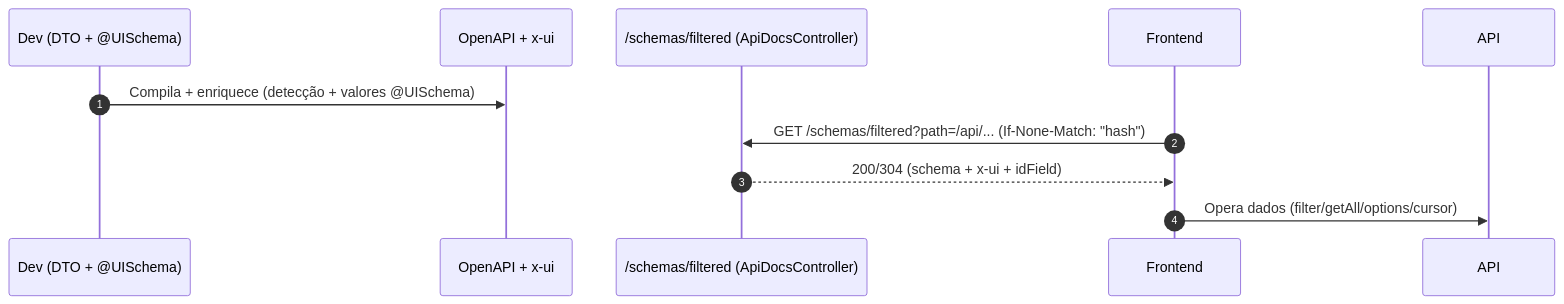
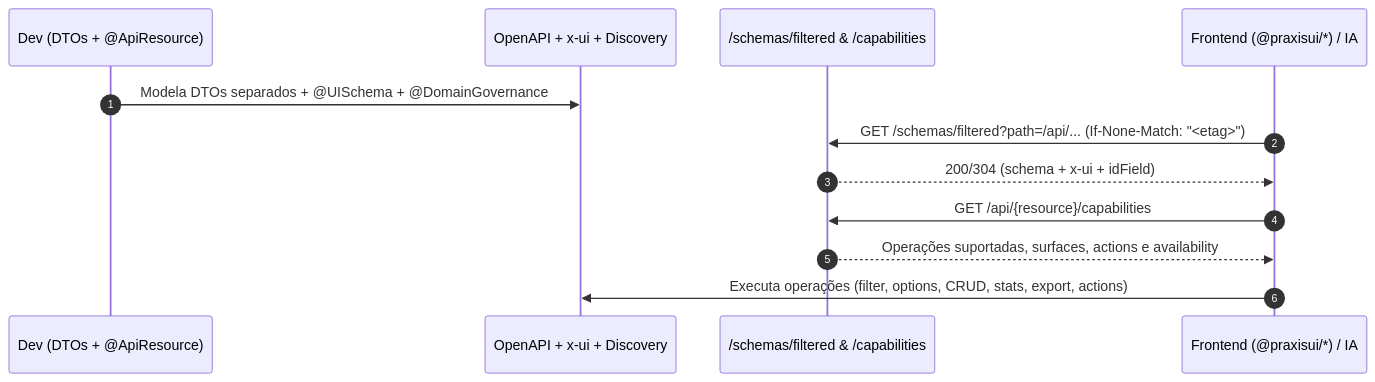
The diagram in APRESENTACAO-BACKEND-METADATA-STARTER.md (codexrodrigues/praxis-metadata-starter), drawn with Mermaid before and after one commit. The commit also changed other lines of this file and 28 other files, not shown here.

````diff
--- a/APRESENTACAO-BACKEND-METADATA-STARTER.md
+++ b/APRESENTACAO-BACKEND-METADATA-STARTER.md
@@ -18,12 +23,14 @@
 ```mermaid
 sequenceDiagram
   autonumber
-  participant Dev as Dev (DTO + @UISchema)
-  participant OAS as OpenAPI + x-ui
-  participant DOCS as /schemas/filtered (ApiDocsController)
-  participant UI as Frontend
-  Dev->>OAS: Compila + enriquece (detecção + valores @UISchema)
-  UI->>DOCS: GET /schemas/filtered?path=/api/... (If-None-Match: "hash")
+  participant Dev as Dev (DTOs + @ApiResource)
+  participant OAS as OpenAPI + x-ui + Discovery
+  participant DOCS as /schemas/filtered & /capabilities
+  participant UI as Frontend (@praxisui/*) / IA
+  Dev->>OAS: Modela DTOs separados + @UISchema + @DomainGovernance
+  UI->>DOCS: GET /schemas/filtered?path=/api/... (If-None-Match: "<etag>")
   DOCS-->>UI: 200/304 (schema + x-ui + idField)
-  UI->>API: Opera dados (filter/getAll/options/cursor)
+  UI->>DOCS: GET /api/{resource}/capabilities
+  DOCS-->>UI: Operações suportadas, surfaces, actions e availability
+  UI->>OAS: Executa operações (filter, options, CRUD, stats, export, actions)
 ```
````
